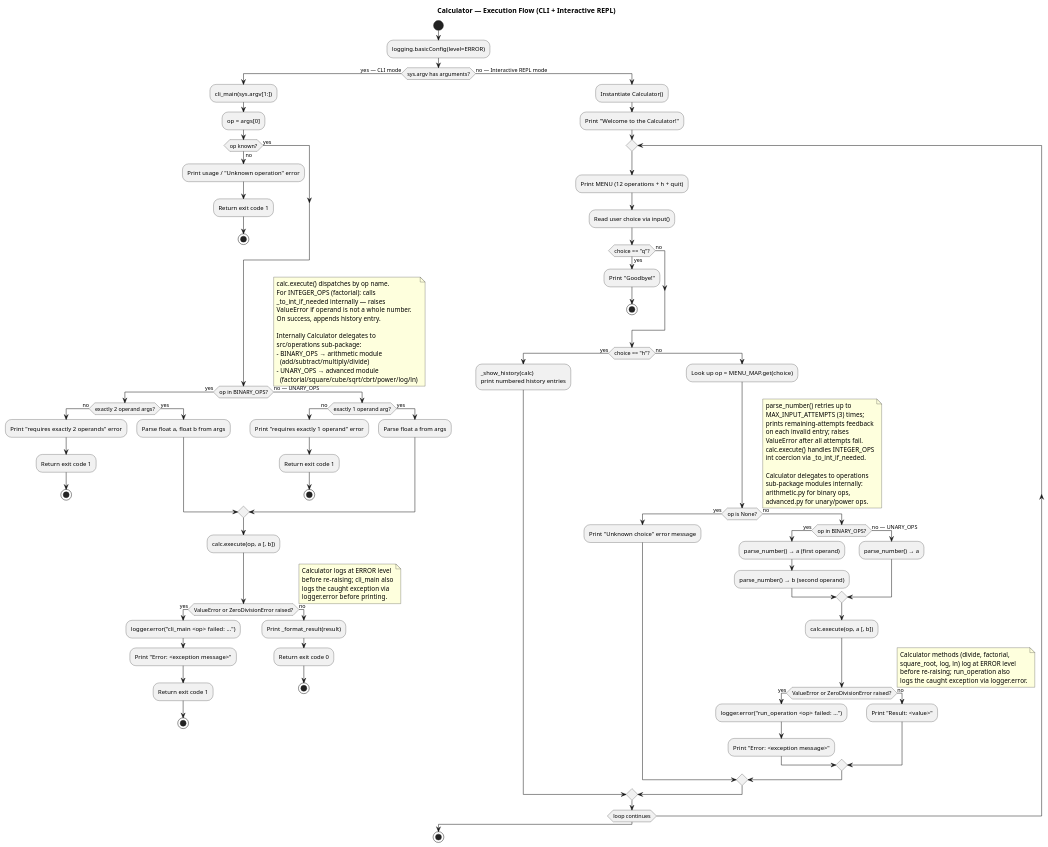
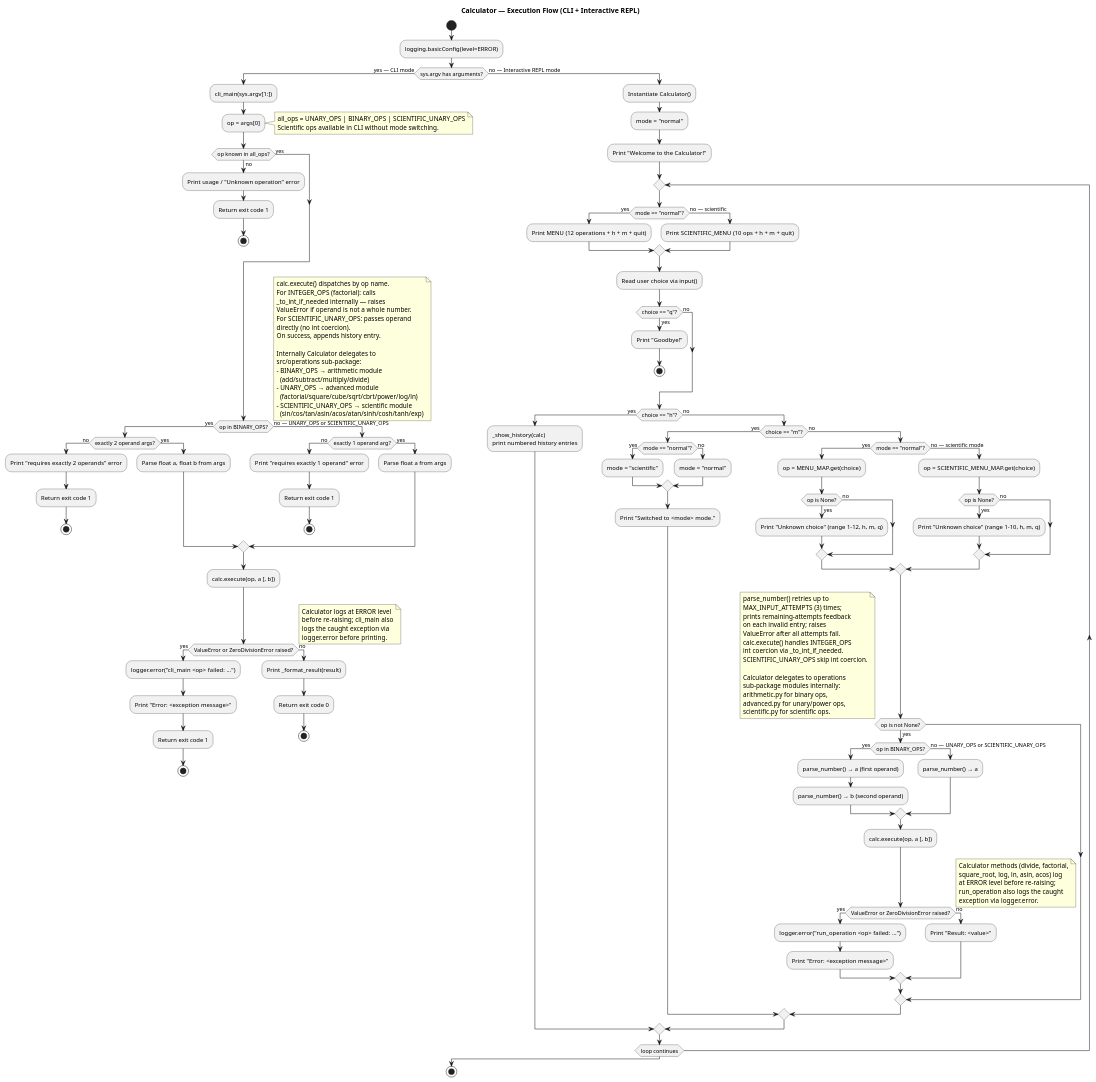
The diagram in artifacts/activity_diagram.puml (DanielRiha8906/Calculator_bachelor_autoevolution), drawn with PlantUML before and after one commit. The commit also changed 3 other files, not shown here.

First line of the commit message:
chore: update PlantUML diagrams

```diff
--- a/artifacts/activity_diagram.puml
+++ b/artifacts/activity_diagram.puml
@@ -1,147 +1,185 @@
 @startuml activity_diagram
 
 title Calculator — Execution Flow (CLI + Interactive REPL)
 
 start
 
 :logging.basicConfig(level=ERROR);
 
 if (sys.argv has arguments?) then (yes — CLI mode)
 
   :cli_main(sys.argv[1:]);
 
   :op = args[0];
+  note right
+    all_ops = UNARY_OPS | BINARY_OPS | SCIENTIFIC_UNARY_OPS
+    Scientific ops available in CLI without mode switching.
+  end note
 
-  if (op known?) then (no)
+  if (op known in all_ops?) then (no)
     :Print usage / "Unknown operation" error;
     :Return exit code 1;
     stop
   else (yes)
   endif
 
   if (op in BINARY_OPS?) then (yes)
     if (exactly 2 operand args?) then (no)
       :Print "requires exactly 2 operands" error;
       :Return exit code 1;
       stop
     else (yes)
       :Parse float a, float b from args;
     endif
-  else (no — UNARY_OPS)
+  else (no — UNARY_OPS or SCIENTIFIC_UNARY_OPS)
     if (exactly 1 operand arg?) then (no)
       :Print "requires exactly 1 operand" error;
       :Return exit code 1;
       stop
     else (yes)
       :Parse float a from args;
     endif
   endif
 
   note right
     calc.execute() dispatches by op name.
     For INTEGER_OPS (factorial): calls
     _to_int_if_needed internally — raises
     ValueError if operand is not a whole number.
+    For SCIENTIFIC_UNARY_OPS: passes operand
+    directly (no int coercion).
     On success, appends history entry.
 
     Internally Calculator delegates to
     src/operations sub-package:
     - BINARY_OPS → arithmetic module
       (add/subtract/multiply/divide)
     - UNARY_OPS → advanced module
       (factorial/square/cube/sqrt/cbrt/power/log/ln)
+    - SCIENTIFIC_UNARY_OPS → scientific module
+      (sin/cos/tan/asin/acos/atan/sinh/cosh/tanh/exp)
   end note
 
   :calc.execute(op, a [, b]);
 
   if (ValueError or ZeroDivisionError raised?) then (yes)
     note right
       Calculator logs at ERROR level
       before re-raising; cli_main also
       logs the caught exception via
       logger.error before printing.
     end note
     :logger.error("cli_main <op> failed: ...");
     :Print "Error: <exception message>";
     :Return exit code 1;
     stop
   else (no)
     :Print _format_result(result);
     :Return exit code 0;
     stop
   endif
 
 else (no — Interactive REPL mode)
 
   :Instantiate Calculator();
+  :mode = "normal";
   :Print "Welcome to the Calculator!";
 
   repeat
 
-    :Print MENU (12 operations + h + quit);
+    if (mode == "normal"?) then (yes)
+      :Print MENU (12 operations + h + m + quit);
+    else (no — scientific)
+      :Print SCIENTIFIC_MENU (10 ops + h + m + quit);
+    endif
+
     :Read user choice via input();
 
     if (choice == "q"?) then (yes)
       :Print "Goodbye!";
       stop
     else (no)
     endif
 
     if (choice == "h"?) then (yes)
       :_show_history(calc)\nprint numbered history entries;
     else (no)
 
-      :Look up op = MENU_MAP.get(choice);
-
-      if (op is None?) then (yes)
-        :Print "Unknown choice" error message;
+      if (choice == "m"?) then (yes)
+        if (mode == "normal"?) then (yes)
+          :mode = "scientific";
+        else (no)
+          :mode = "normal";
+        endif
+        :Print "Switched to <mode> mode.";
       else (no)
 
-        note right
-          parse_number() retries up to
-          MAX_INPUT_ATTEMPTS (3) times;
-          prints remaining-attempts feedback
-          on each invalid entry; raises
-          ValueError after all attempts fail.
-          calc.execute() handles INTEGER_OPS
-          int coercion via _to_int_if_needed.
-
-          Calculator delegates to operations
-          sub-package modules internally:
-          arithmetic.py for binary ops,
-          advanced.py for unary/power ops.
-        end note
-
-        if (op in BINARY_OPS?) then (yes)
-          :parse_number() → a (first operand);
-          :parse_number() → b (second operand);
-        else (no — UNARY_OPS)
-          :parse_number() → a;
+        if (mode == "normal"?) then (yes)
+          :op = MENU_MAP.get(choice);
+          if (op is None?) then (yes)
+            :Print "Unknown choice" (range 1-12, h, m, q);
+          else (no)
+          endif
+        else (no — scientific mode)
+          :op = SCIENTIFIC_MENU_MAP.get(choice);
+          if (op is None?) then (yes)
+            :Print "Unknown choice" (range 1-10, h, m, q);
+          else (no)
+          endif
         endif
 
-        :calc.execute(op, a [, b]);
+        if (op is not None?) then (yes)
 
-        if (ValueError or ZeroDivisionError raised?) then (yes)
           note right
-            Calculator methods (divide, factorial,
-            square_root, log, ln) log at ERROR level
-            before re-raising; run_operation also
-            logs the caught exception via logger.error.
+            parse_number() retries up to
+            MAX_INPUT_ATTEMPTS (3) times;
+            prints remaining-attempts feedback
+            on each invalid entry; raises
+            ValueError after all attempts fail.
+            calc.execute() handles INTEGER_OPS
+            int coercion via _to_int_if_needed.
+            SCIENTIFIC_UNARY_OPS skip int coercion.
+
+            Calculator delegates to operations
+            sub-package modules internally:
+            arithmetic.py for binary ops,
+            advanced.py for unary/power ops,
+            scientific.py for scientific ops.
           end note
-          :logger.error("run_operation <op> failed: ...");
-          :Print "Error: <exception message>";
-        else (no)
-          :Print "Result: <value>";
+
+          if (op in BINARY_OPS?) then (yes)
+            :parse_number() → a (first operand);
+            :parse_number() → b (second operand);
+          else (no — UNARY_OPS or SCIENTIFIC_UNARY_OPS)
+            :parse_number() → a;
+          endif
+
+          :calc.execute(op, a [, b]);
+
+          if (ValueError or ZeroDivisionError raised?) then (yes)
+            note right
+              Calculator methods (divide, factorial,
+              square_root, log, ln, asin, acos) log
+              at ERROR level before re-raising;
+              run_operation also logs the caught
+              exception via logger.error.
+            end note
+            :logger.error("run_operation <op> failed: ...");
+            :Print "Error: <exception message>";
+          else (no)
+            :Print "Result: <value>";
+          endif
+
         endif
 
       endif
 
     endif
 
   repeat while (loop continues)
 
 endif
 
 stop
 
 @enduml
```
